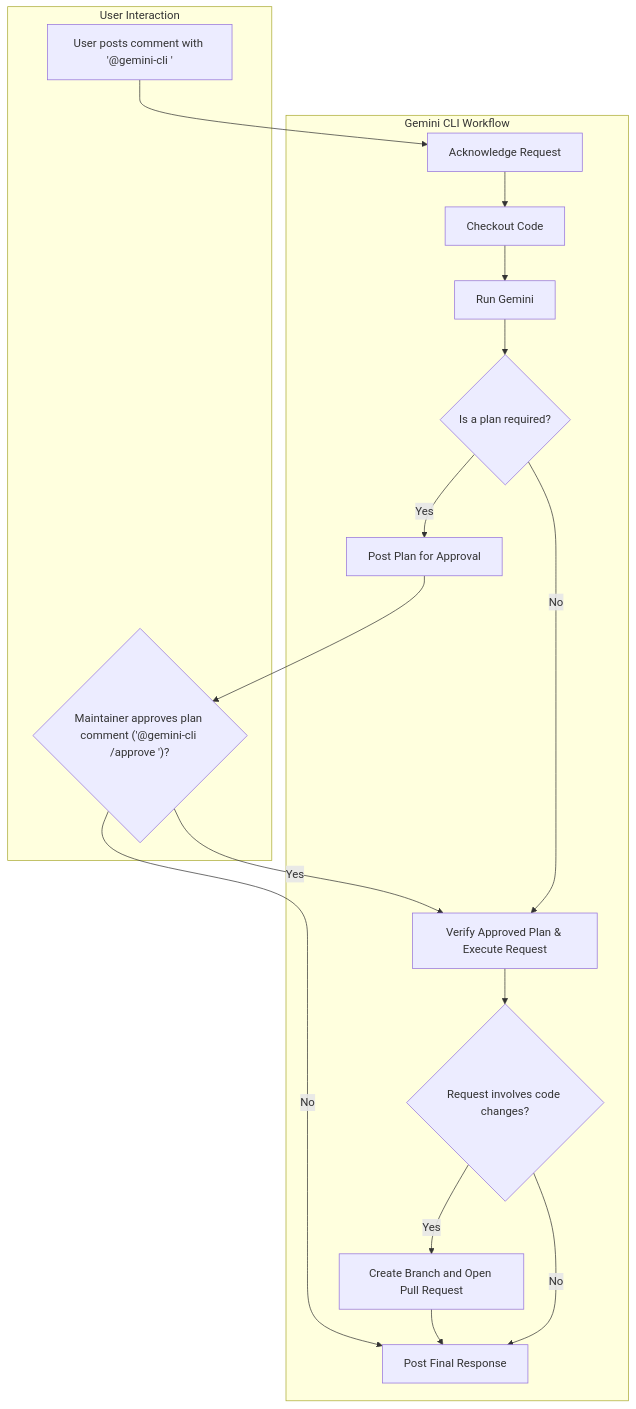
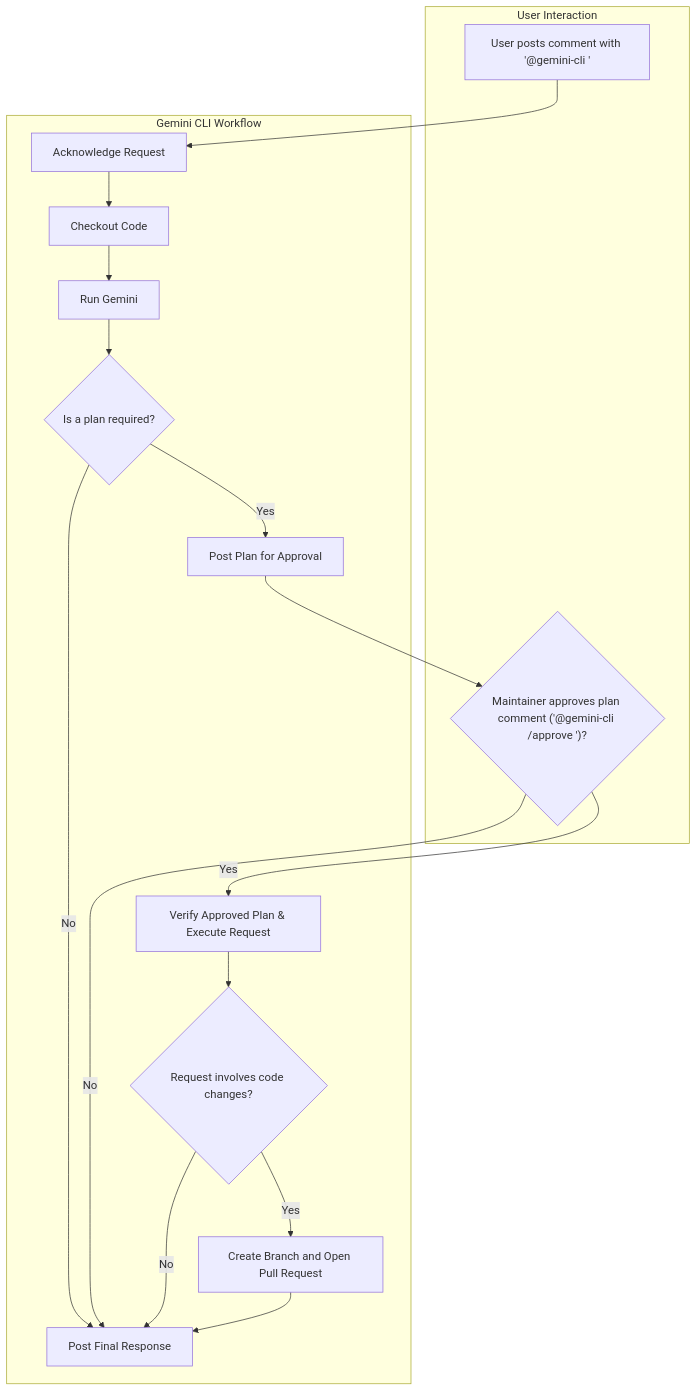
Before and after one commit to google-github-actions/run-gemini-cli: the diagram in examples/workflows/gemini-assistant/README.md, drawn with Mermaid. The commit also changed 7 other files, not shown here.

````diff
--- a/examples/workflows/gemini-assistant/README.md
+++ b/examples/workflows/gemini-assistant/README.md
@@ -100,33 +100,33 @@
 ```mermaid
 flowchart TD
     subgraph "User Interaction"
         A[User posts comment with '@gemini-cli <request>']
         F{"Maintainer approves plan comment ('@gemini-cli /approve <url-or-id>')?"}
     end
 
     subgraph "Gemini CLI Workflow"
         B[Acknowledge Request]
         C[Checkout Code]
         D[Run Gemini]
         E{Is a plan required?}
         G[Post Plan for Approval]
         H[Verify Approved Plan & Execute Request]
         I{Request involves code changes?}
         J[Create Branch and Open Pull Request]
         K[Post Final Response]
     end
 
     A --> B
     B --> C
     C --> D
     D --> E
     E -- Yes --> G
     G --> F
     F -- Yes --> H
     F -- No --> K
-    E -- No --> H
+    E -- No --> K
     H --> I
     I -- Yes --> J
     J --> K
     I -- No --> K
 ```
````
